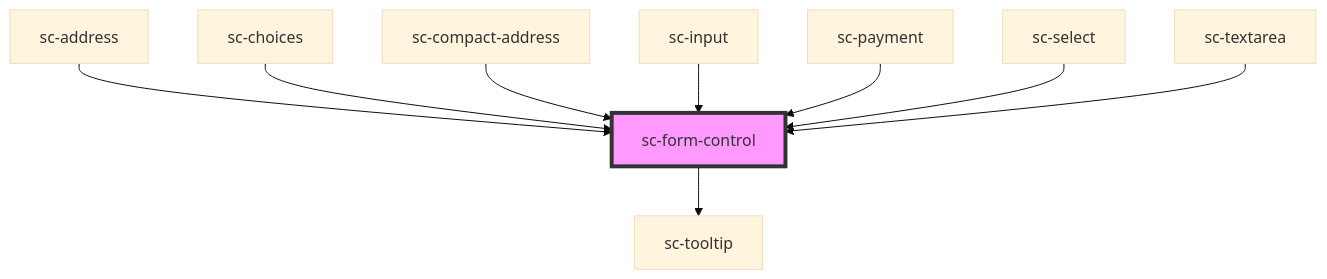
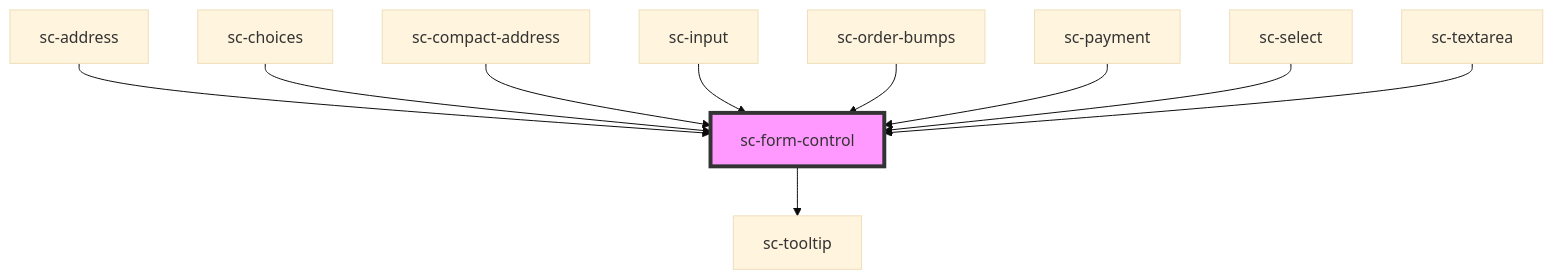
Before and after one commit to surecart/surecart-wp-plugin: the diagram in packages/components/src/components/ui/form-control/readme.md, drawn with Mermaid (base theme). The commit also changed other lines of this file and 50 other files, not shown here.

````diff
--- a/packages/components/src/components/ui/form-control/readme.md
+++ b/packages/components/src/components/ui/form-control/readme.md
@@ -49,12 +50,13 @@
 ```mermaid
 graph TD;
   sc-form-control --> sc-tooltip
   sc-address --> sc-form-control
   sc-choices --> sc-form-control
   sc-compact-address --> sc-form-control
   sc-input --> sc-form-control
+  sc-order-bumps --> sc-form-control
   sc-payment --> sc-form-control
   sc-select --> sc-form-control
   sc-textarea --> sc-form-control
   style sc-form-control fill:#f9f,stroke:#333,stroke-width:4px
 ```
````
